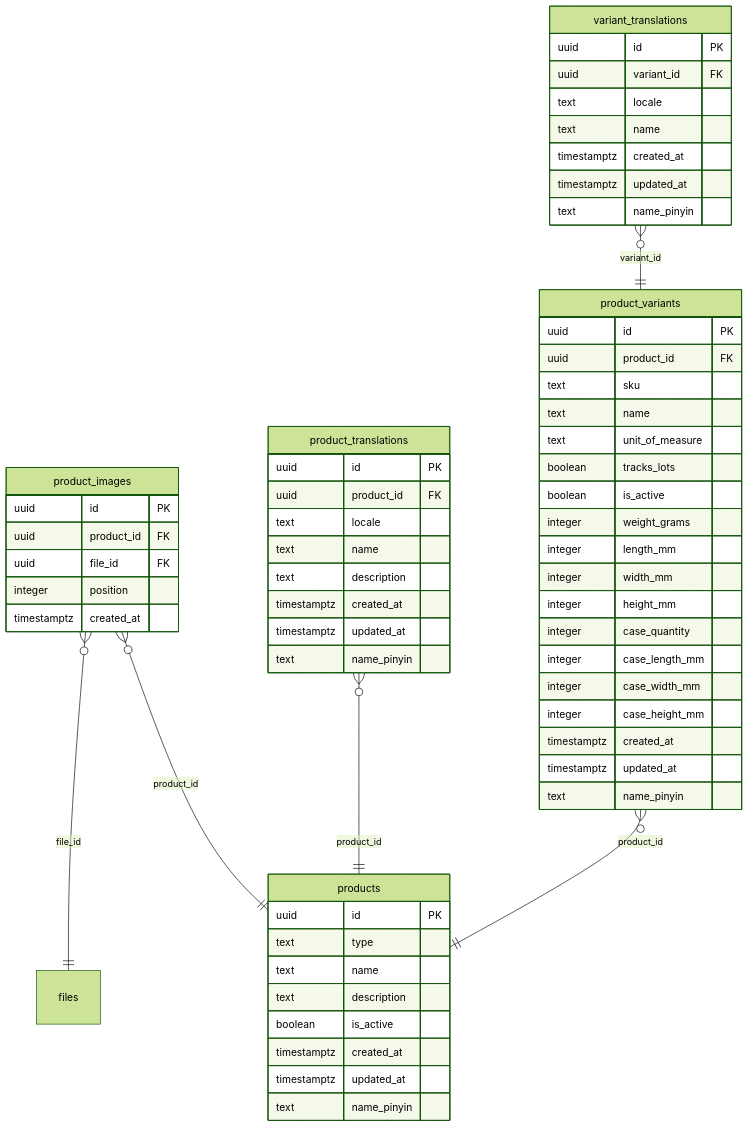
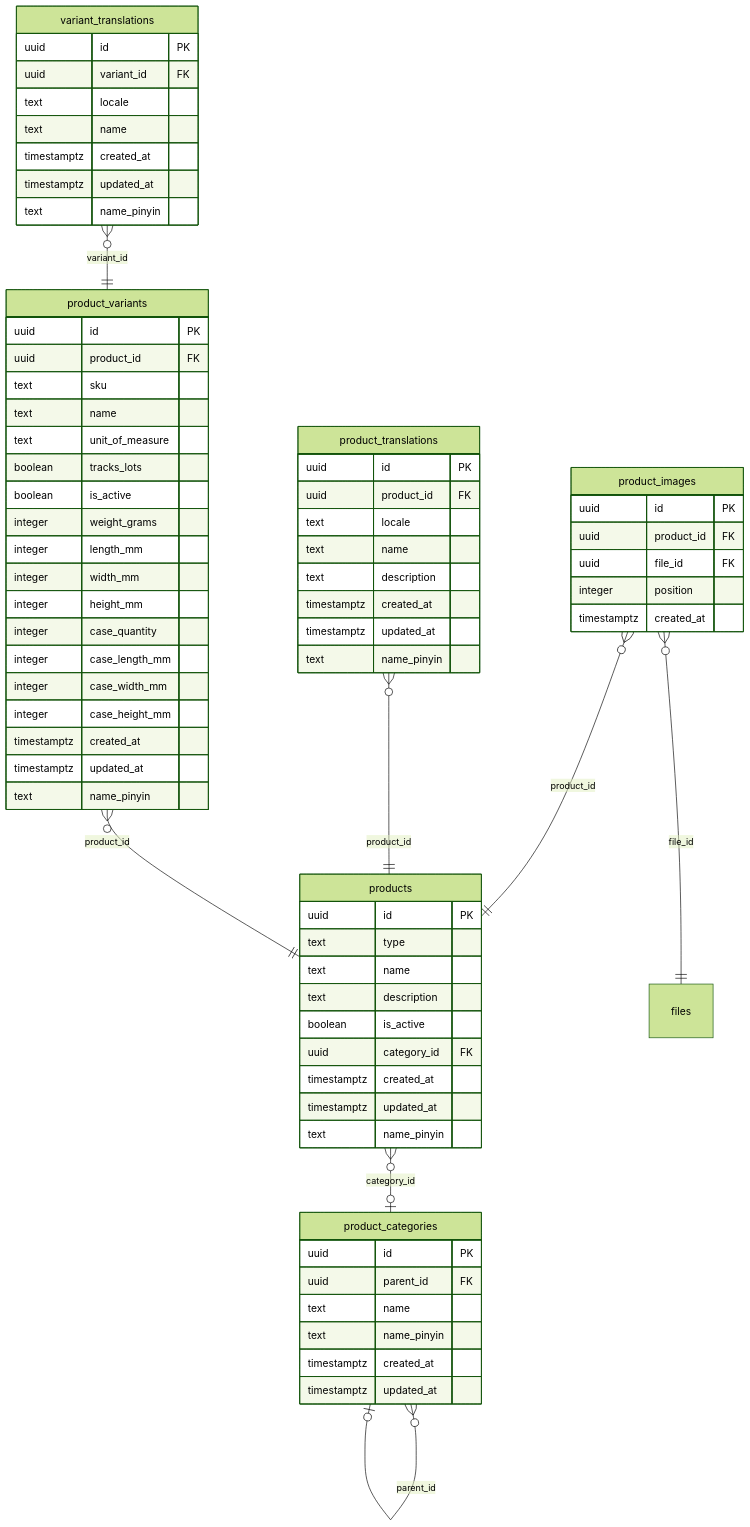
The diagram in docs/tables/products.md (Zhenzhong-Zhou/web-app-foundation), drawn with Mermaid (forest theme) before and after one commit. The commit also changed 260 other files, not shown here.

````diff
--- a/docs/tables/products.md
+++ b/docs/tables/products.md
@@ -7,64 +7,75 @@
 ```mermaid
 erDiagram
+  product_categories {
+    uuid id PK
+    uuid parent_id FK
+    text name
+    text name_pinyin
+    timestamptz created_at
+    timestamptz updated_at
+  }
   product_images {
     uuid id PK
     uuid product_id FK
     uuid file_id FK
     integer position
     timestamptz created_at
   }
   product_translations {
     uuid id PK
     uuid product_id FK
     text locale
     text name
     text description
     timestamptz created_at
     timestamptz updated_at
     text name_pinyin
   }
   product_variants {
     uuid id PK
     uuid product_id FK
     text sku
     text name
     text unit_of_measure
     boolean tracks_lots
     boolean is_active
     integer weight_grams
     integer length_mm
     integer width_mm
     integer height_mm
     integer case_quantity
     integer case_length_mm
     integer case_width_mm
     integer case_height_mm
     timestamptz created_at
     timestamptz updated_at
     text name_pinyin
   }
   products {
     uuid id PK
     text type
     text name
     text description
     boolean is_active
+    uuid category_id FK
     timestamptz created_at
     timestamptz updated_at
     text name_pinyin
   }
   variant_translations {
     uuid id PK
     uuid variant_id FK
     text locale
     text name
     timestamptz created_at
     timestamptz updated_at
     text name_pinyin
   }
+  product_categories }o--o| product_categories : "parent_id"
   product_images }o--|| products : "product_id"
   product_images }o--|| files : "file_id"
   product_translations }o--|| products : "product_id"
   product_variants }o--|| products : "product_id"
+  products }o--o| product_categories : "category_id"
   variant_translations }o--|| product_variants : "variant_id"
 ```
````
